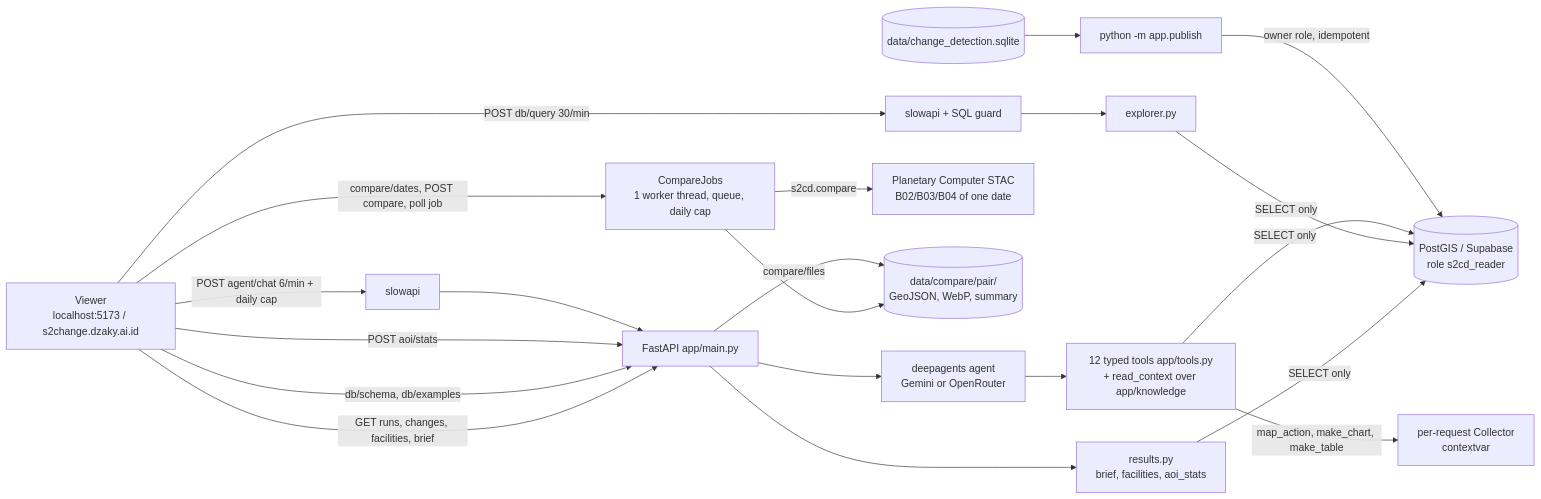
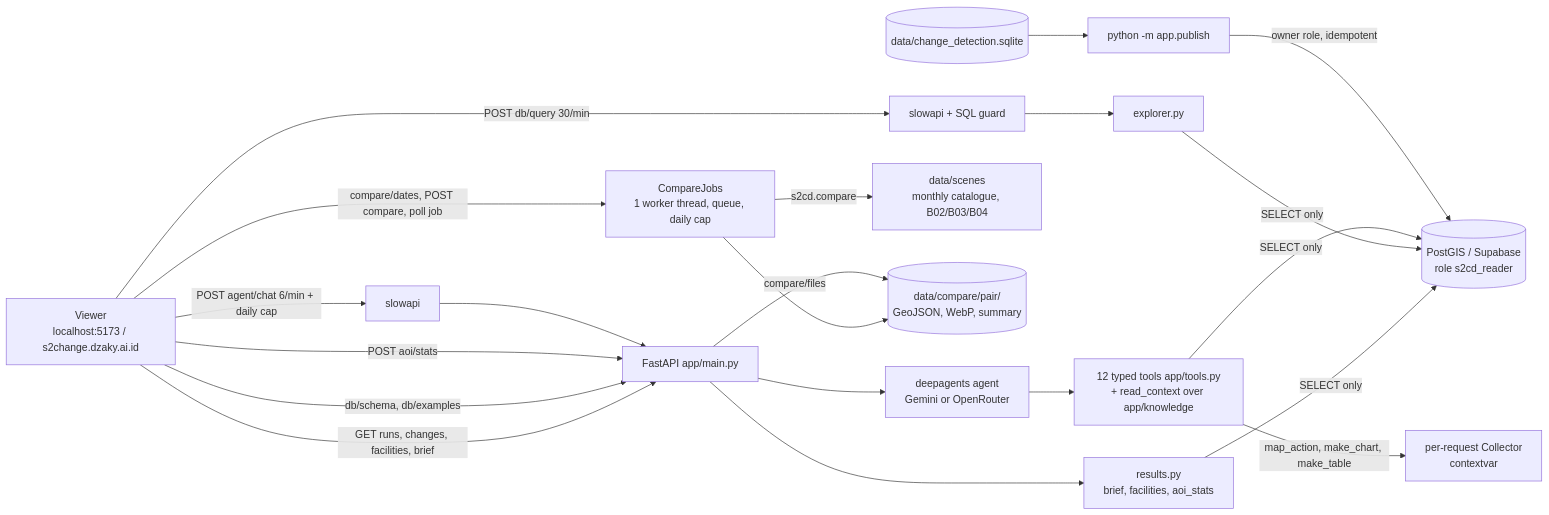
One commit to dzakybd/s2change changed the diagram in app/README.md. Above: the diagram before and after it, drawn with Mermaid. The commit also changed other lines of this file and 31 other files, not shown here.

````diff
--- a/app/README.md
+++ b/app/README.md
@@ -5,23 +5,23 @@
 ```mermaid
 flowchart LR
   UI[Viewer<br/>localhost:5173 / s2change.dzaky.ai.id] -->|GET runs, changes, facilities, brief| API[FastAPI app/main.py]
   UI -->|db/schema, db/examples| API
   UI -->|POST db/query 30/min| RLD[slowapi + SQL guard]
   UI -->|POST aoi/stats| API
   UI -->|compare/dates, POST compare, poll job| JOBS[CompareJobs<br/>1 worker thread, queue, daily cap]
   UI -->|POST agent/chat 6/min + daily cap| RLA[slowapi]
   RLD --> EXP[explorer.py]
   RLA --> API
   API --> RES[results.py<br/>brief, facilities, aoi_stats]
   API --> AG[deepagents agent<br/>Gemini or OpenRouter]
   AG --> T[12 typed tools app/tools.py<br/>+ read_context over app/knowledge]
   RES -->|SELECT only| DB[(PostGIS / Supabase<br/>role s2cd_reader)]
   EXP -->|SELECT only| DB
   T -->|SELECT only| DB
   T -->|map_action, make_chart, make_table| C[per-request Collector<br/>contextvar]
-  JOBS -->|s2cd.compare| STAC[Planetary Computer STAC<br/>B02/B03/B04 of one date]
+  JOBS -->|s2cd.compare| SCENES[data/scenes<br/>monthly catalogue, B02/B03/B04]
   JOBS --> FILES[(data/compare/pair/<br/>GeoJSON, WebP, summary)]
   API -->|compare/files| FILES
   PUB[python -m app.publish] -->|owner role, idempotent| DB
   SQ[(data/change_detection.sqlite)] --> PUB
 ```
````
